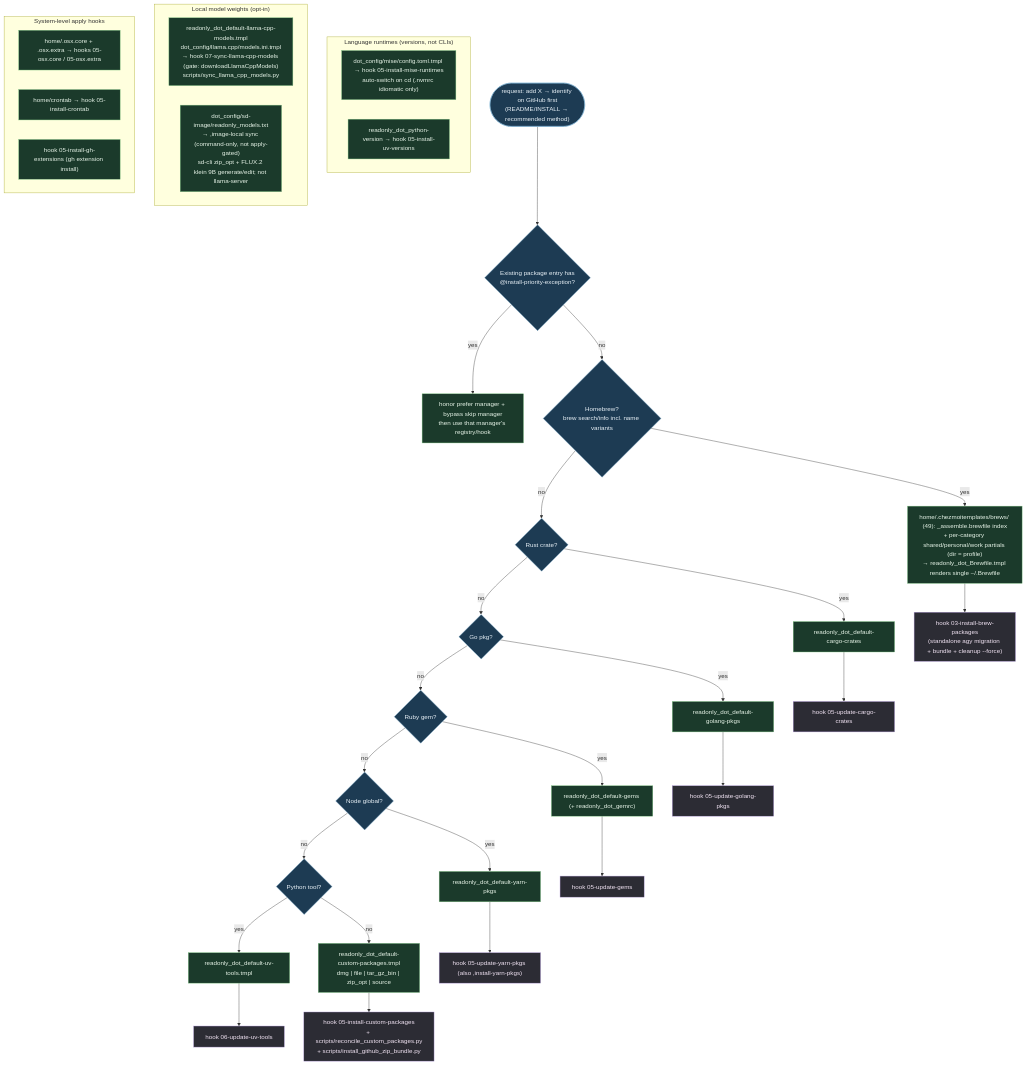
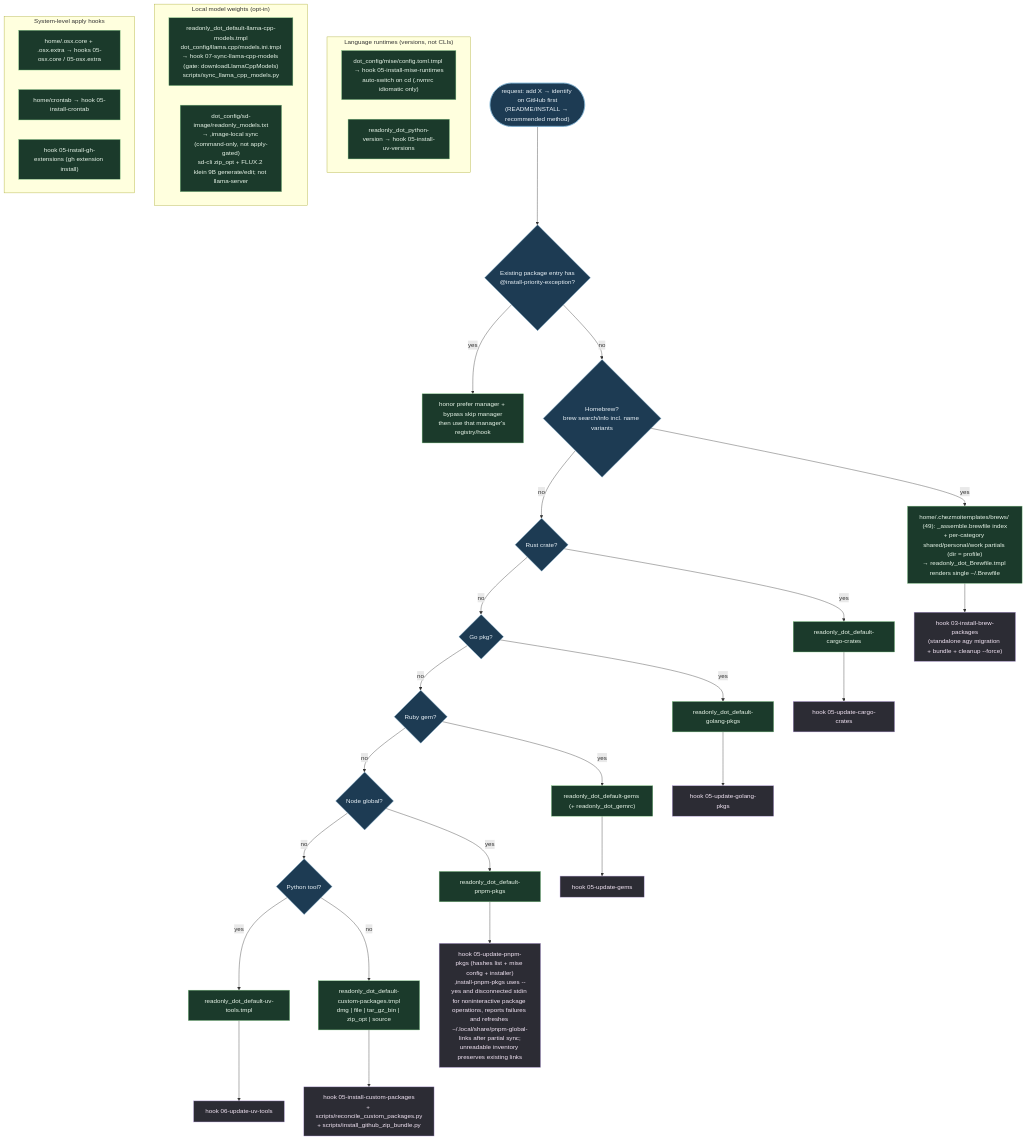
The diagram in .mermaids/02-package-management.mmd (kapral18/dotfiles), drawn with Mermaid before and after one commit. The commit also changed 75 other files, not shown here.

First line of the commit message:
feat(pnpm): migrate repository from Yarn to pnpm

```diff
--- a/.mermaids/02-package-management.mmd
+++ b/.mermaids/02-package-management.mmd
@@ -1,52 +1,52 @@
 %% ============================================================================
 %% 02-package-management.mmd — "add X" decision ladder + every declarative
 %% package list and its sync hook. Honor colocated priority exceptions, otherwise
 %% stop at the first suitable match top-down.
 %% Lists live at home/readonly_dot_default-* (deployed to ~/.default-*).
 %% ============================================================================
 flowchart TD
     classDef q fill:#1d3b53,stroke:#7fb3d5,color:#eaf2f8;
     classDef reg fill:#1b3a2b,stroke:#81c784,color:#e8f5e9;
     classDef hook fill:#2c2c34,stroke:#b39ddb,color:#f3e5f5;
 
     ADD(["request: add X → identify on GitHub first<br/>(README/INSTALL → recommended method)"]):::q
 
     ADD --> EXCEPTION{"Existing package entry has<br/>@install-priority-exception?"}:::q
     EXCEPTION -- yes --> OVERRIDE["honor prefer manager + bypass skip manager<br/>then use that manager's registry/hook"]:::reg
     EXCEPTION -- no --> BREW{"Homebrew?<br/>brew search/info incl. name variants"}:::q
     BREW -- yes --> BREWF["home/.chezmoitemplates/brews/ (49): _assemble.brewfile index<br/>+ per-category shared/personal/work partials (dir = profile)<br/>→ readonly_dot_Brewfile.tmpl renders single ~/.Brewfile"]:::reg
     BREW -- no --> CARGO{Rust crate?}:::q
     CARGO -- yes --> CARGOF["readonly_dot_default-cargo-crates"]:::reg
     CARGO -- no --> GO{Go pkg?}:::q
     GO -- yes --> GOF["readonly_dot_default-golang-pkgs"]:::reg
     GO -- no --> GEM{Ruby gem?}:::q
     GEM -- yes --> GEMF["readonly_dot_default-gems (+ readonly_dot_gemrc)"]:::reg
-    GEM -- no --> YARN{Node global?}:::q
-    YARN -- yes --> YARNF["readonly_dot_default-yarn-pkgs"]:::reg
-    YARN -- no --> UV{Python tool?}:::q
+    GEM -- no --> PNPM{Node global?}:::q
+    PNPM -- yes --> PNPMF["readonly_dot_default-pnpm-pkgs"]:::reg
+    PNPM -- no --> UV{Python tool?}:::q
     UV -- yes --> UVF["readonly_dot_default-uv-tools.tmpl"]:::reg
     UV -- no --> CUSTOM["readonly_dot_default-custom-packages.tmpl<br/>dmg | file | tar_gz_bin | zip_opt | source"]:::reg
 
     BREWF --> H3["hook 03-install-brew-packages<br/>(standalone agy migration + bundle + cleanup --force)"]:::hook
     CARGOF --> H5c["hook 05-update-cargo-crates"]:::hook
     GOF --> H5g["hook 05-update-golang-pkgs"]:::hook
     GEMF --> H5r["hook 05-update-gems"]:::hook
-    YARNF --> H5y["hook 05-update-yarn-pkgs (also ,install-yarn-pkgs)"]:::hook
+    PNPMF --> H5p["hook 05-update-pnpm-pkgs (hashes list + mise config + installer)<br/>,install-pnpm-pkgs uses --yes and disconnected stdin for noninteractive package operations, reports failures and refreshes ~/.local/share/pnpm-global-links after partial sync;<br/>unreadable inventory preserves existing links"]:::hook
     UVF --> H6["hook 06-update-uv-tools"]:::hook
     CUSTOM --> H5x["hook 05-install-custom-packages<br/>+ scripts/reconcile_custom_packages.py<br/>+ scripts/install_github_zip_bundle.py"]:::hook
 
     subgraph RUNTIMES["Language runtimes (versions, not CLIs)"]
         MISE["dot_config/mise/config.toml.tmpl → hook 05-install-mise-runtimes<br/>auto-switch on cd (.nvmrc idiomatic only)"]:::reg
         PYV["readonly_dot_python-version → hook 05-install-uv-versions"]:::reg
     end
 
     subgraph LOCALAI["Local model weights (opt-in)"]
         LLAMA["readonly_dot_default-llama-cpp-models.tmpl<br/>dot_config/llama.cpp/models.ini.tmpl<br/>→ hook 07-sync-llama-cpp-models (gate: downloadLlamaCppModels)<br/>scripts/sync_llama_cpp_models.py"]:::reg
         SDIMAGE["dot_config/sd-image/readonly_models.txt<br/>→ ,image-local sync (command-only, not apply-gated)<br/>sd-cli zip_opt + FLUX.2 klein 9B generate/edit; not llama-server"]:::reg
     end
 
     subgraph SYSTEM["System-level apply hooks"]
         OSX["home/.osx.core + .osx.extra → hooks 05-osx.core / 05-osx.extra"]:::reg
         CRON["home/crontab → hook 05-install-crontab"]:::reg
         GHEXT["hook 05-install-gh-extensions (gh extension install)"]:::reg
     end
```
